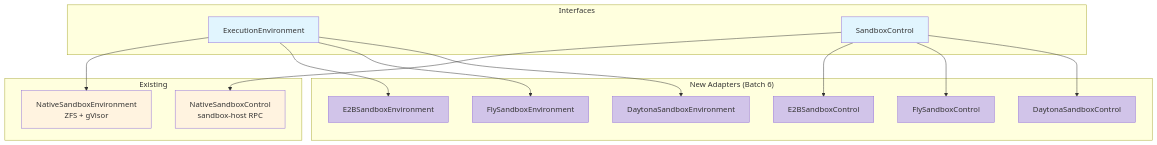
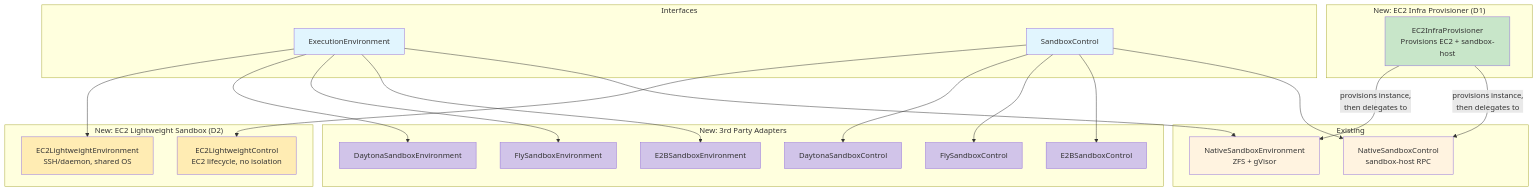
One commit to dcosson/flex-agent-runtime changed the diagram in docs/shaping/cloud-sandbox-providers.md. Above: the diagram before and after it, drawn with Mermaid. The commit also changed other lines of this file, not shown here.

First line of the commit message:
Reframe EC2 as dual role in cloud sandbox shaping doc

````diff
--- a/docs/shaping/cloud-sandbox-providers.md
+++ b/docs/shaping/cloud-sandbox-providers.md
@@ -327,42 +400,59 @@
 ```mermaid
 graph TD
     subgraph "Interfaces"
         EE[ExecutionEnvironment]
         SC[SandboxControl]
     end
 
     subgraph "Existing"
         NE[NativeSandboxEnvironment<br/>ZFS + gVisor]
         NC[NativeSandboxControl<br/>sandbox-host RPC]
     end
 
-    subgraph "New Adapters (Batch 6)"
+    subgraph "New: 3rd Party Adapters"
         E2B_E[E2BSandboxEnvironment]
         E2B_C[E2BSandboxControl]
         FLY_E[FlySandboxEnvironment]
         FLY_C[FlySandboxControl]
         DAY_E[DaytonaSandboxEnvironment]
         DAY_C[DaytonaSandboxControl]
     end
 
+    subgraph "New: EC2 Infra Provisioner (D1)"
+        EC2P[EC2InfraProvisioner<br/>Provisions EC2 + sandbox-host]
+    end
+
+    subgraph "New: EC2 Lightweight Sandbox (D2)"
+        EC2L_E[EC2LightweightEnvironment<br/>SSH/daemon, shared OS]
+        EC2L_C[EC2LightweightControl<br/>EC2 lifecycle, no isolation]
+    end
+
     EE --> NE
     EE --> E2B_E
     EE --> FLY_E
     EE --> DAY_E
+    EE --> EC2L_E
 
     SC --> NC
     SC --> E2B_C
     SC --> FLY_C
     SC --> DAY_C
+    SC --> EC2L_C
+
+    EC2P -->|provisions instance,<br/>then delegates to| NC
+    EC2P -->|provisions instance,<br/>then delegates to| NE
 
     style EE fill:#e1f5fe
     style SC fill:#e1f5fe
     style NE fill:#fff3e0
     style NC fill:#fff3e0
     style E2B_E fill:#d1c4e9
     style E2B_C fill:#d1c4e9
     style FLY_E fill:#d1c4e9
     style FLY_C fill:#d1c4e9
     style DAY_E fill:#d1c4e9
     style DAY_C fill:#d1c4e9
+    style EC2P fill:#c8e6c9
+    style EC2L_E fill:#ffecb3
+    style EC2L_C fill:#ffecb3
 ```
````
